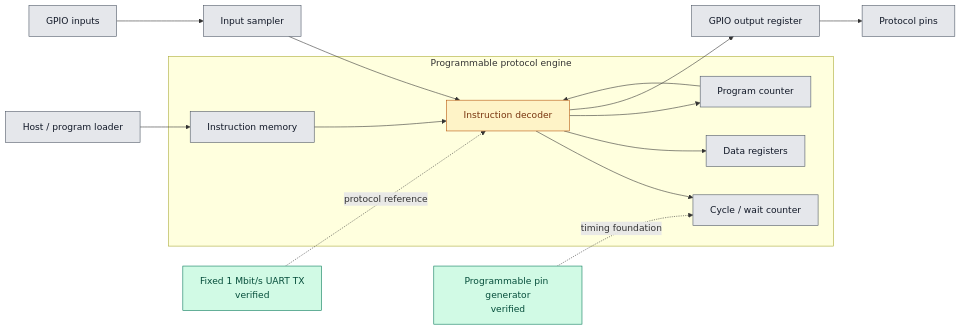
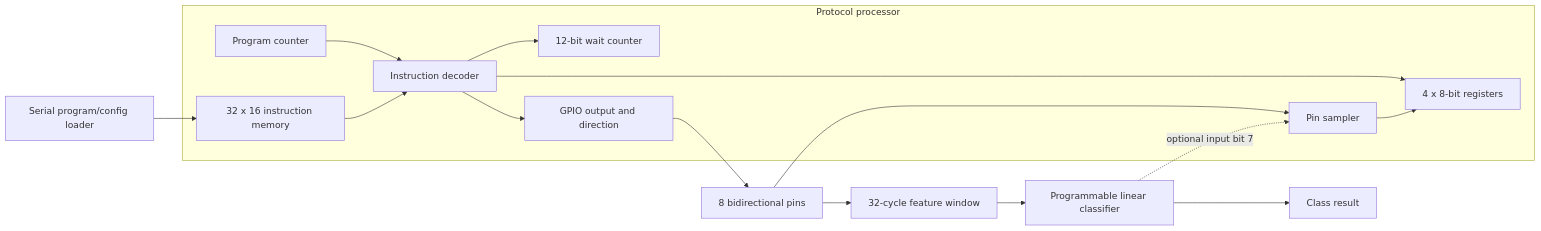
One commit to dhruvauppaluri/Dhruva-Uppaluri-JaneStreetASIC changed the diagram in README.md. Above: the diagram before and after it, drawn with Mermaid. The commit also changed other lines of this file and 28 other files, not shown here.

Commit message:
Complete programmable protocol emulator ASIC RTL

````diff
--- a/README.md
+++ b/README.md
@@ -49,27 +41,21 @@
 ```mermaid
 flowchart LR
-    Host[Host / program loader] --> IMEM[Instruction memory]
+    Host[Serial program/config loader] --> IMEM[32 x 16 instruction memory]
 
-    subgraph Engine[Programmable protocol engine]
+    subgraph CPU[Protocol processor]
         PC[Program counter] --> Decode[Instruction decoder]
         IMEM --> Decode
-        Decode --> Timer[Cycle / wait counter]
-        Decode --> Regs[Data registers]
-        Decode --> PC
+        Decode --> Timer[12-bit wait counter]
+        Decode --> Regs[4 x 8-bit registers]
+        Decode --> GPIO[GPIO output and direction]
+        Inputs[Pin sampler] --> Regs
     end
 
-    Inputs[GPIO inputs] --> Sample[Input sampler]
-    Sample --> Decode
-    Decode --> Output[GPIO output register]
-    Output --> Pins[Protocol pins]
+    Pins[8 bidirectional pins] --> Inputs
+    GPIO --> Pins
 
-    PinGen[Programmable pin generator<br/>verified] -. timing foundation .-> Timer
-    UART[Fixed 1 Mbit/s UART TX<br/>verified] -. protocol reference .-> Decode
-
-    classDef verified fill:#d1fae5,stroke:#047857,color:#064e3b;
-    classDef active fill:#fef3c7,stroke:#b45309,color:#78350f;
-    classDef planned fill:#e5e7eb,stroke:#4b5563,color:#111827;
-    class PinGen,UART verified;
-    class Decode active;
-    class Host,IMEM,PC,Timer,Regs,Inputs,Sample,Output,Pins planned;
+    Pins --> Features[32-cycle feature window]
+    Features --> Classifier[Programmable linear classifier]
+    Classifier --> Status[Class result]
+    Classifier -. optional input bit 7 .-> Inputs
 ```
````
